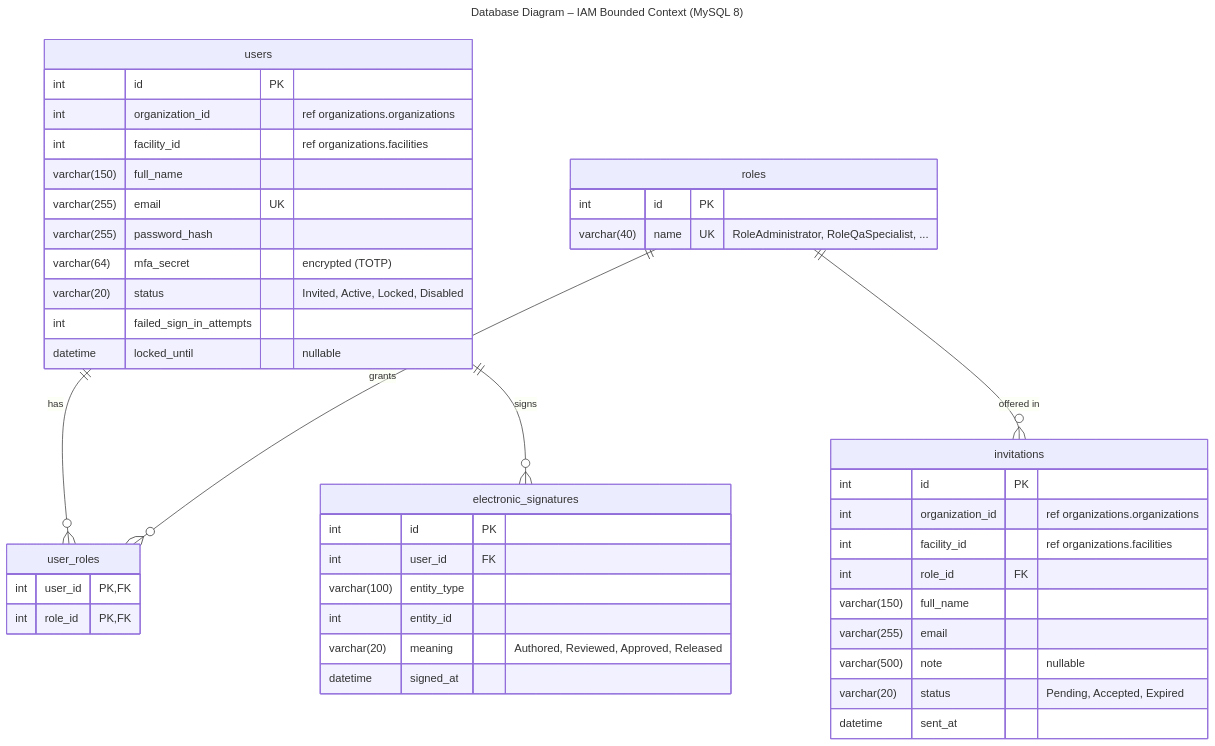
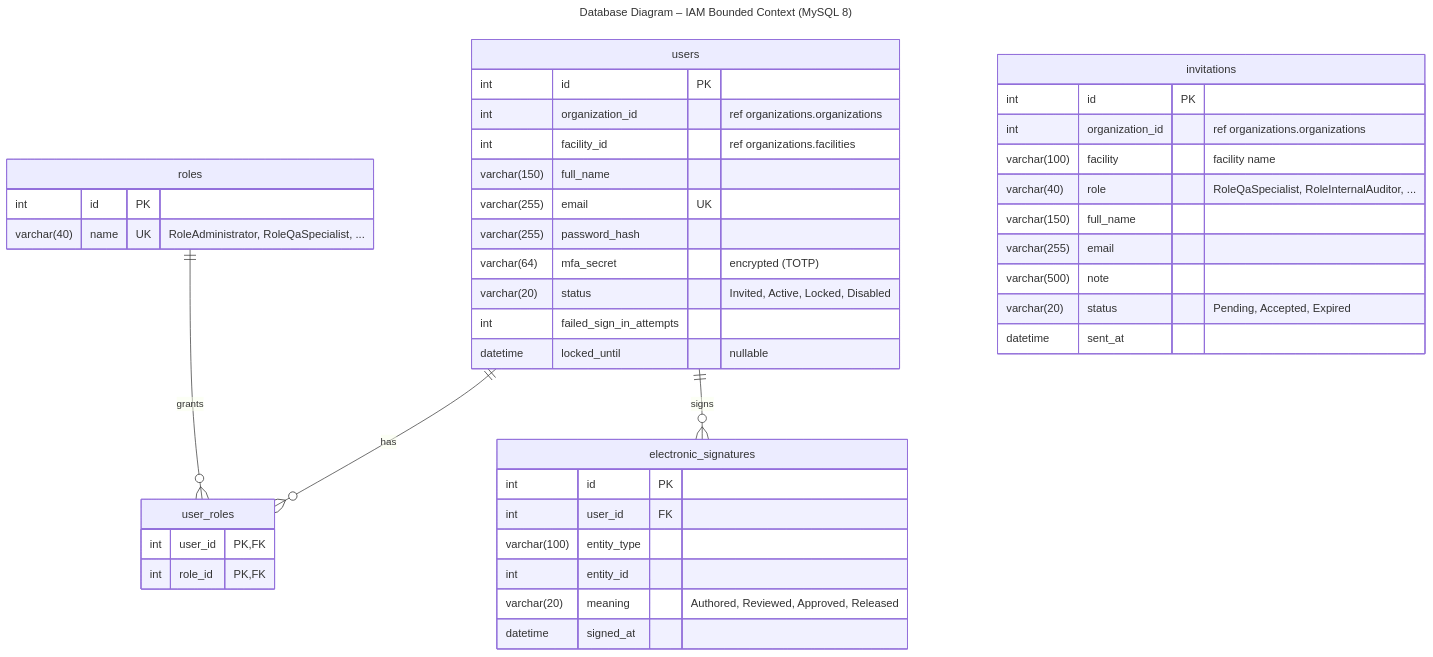
The diagram in assets/diagrams/mermaid/db-01-iam.mmd (IngesCompanyCC/doofplus-report), drawn with Mermaid before and after one commit. The commit also changed 9 other files, not shown here.

Commit message:
docs(diagrams): align the quality and iam diagrams with the restful api

```diff
--- a/assets/diagrams/mermaid/db-01-iam.mmd
+++ b/assets/diagrams/mermaid/db-01-iam.mmd
@@ -1,47 +1,46 @@
 ---
 title: "Database Diagram – IAM Bounded Context (MySQL 8)"
 ---
 erDiagram
   users {
     int id PK
     int organization_id "ref organizations.organizations"
     int facility_id "ref organizations.facilities"
     varchar(150) full_name
     varchar(255) email UK
     varchar(255) password_hash
     varchar(64) mfa_secret "encrypted (TOTP)"
     varchar(20) status "Invited, Active, Locked, Disabled"
     int failed_sign_in_attempts
     datetime locked_until "nullable"
   }
   roles {
     int id PK
     varchar(40) name UK "RoleAdministrator, RoleQaSpecialist, ..."
   }
   user_roles {
     int user_id PK, FK
     int role_id PK, FK
   }
   invitations {
     int id PK
     int organization_id "ref organizations.organizations"
-    int facility_id "ref organizations.facilities"
-    int role_id FK
+    varchar(100) facility "facility name"
+    varchar(40) role "RoleQaSpecialist, RoleInternalAuditor, ..."
     varchar(150) full_name
     varchar(255) email
-    varchar(500) note "nullable"
+    varchar(500) note
     varchar(20) status "Pending, Accepted, Expired"
     datetime sent_at
   }
   electronic_signatures {
     int id PK
     int user_id FK
     varchar(100) entity_type
     int entity_id
     varchar(20) meaning "Authored, Reviewed, Approved, Released"
     datetime signed_at
   }
   users ||--o{ user_roles : "has"
   roles ||--o{ user_roles : "grants"
-  roles ||--o{ invitations : "offered in"
   users ||--o{ electronic_signatures : "signs"
```
